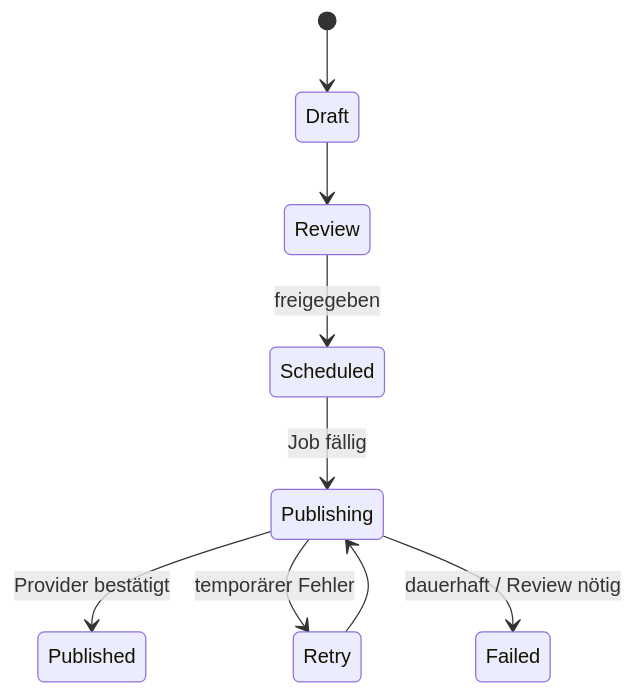
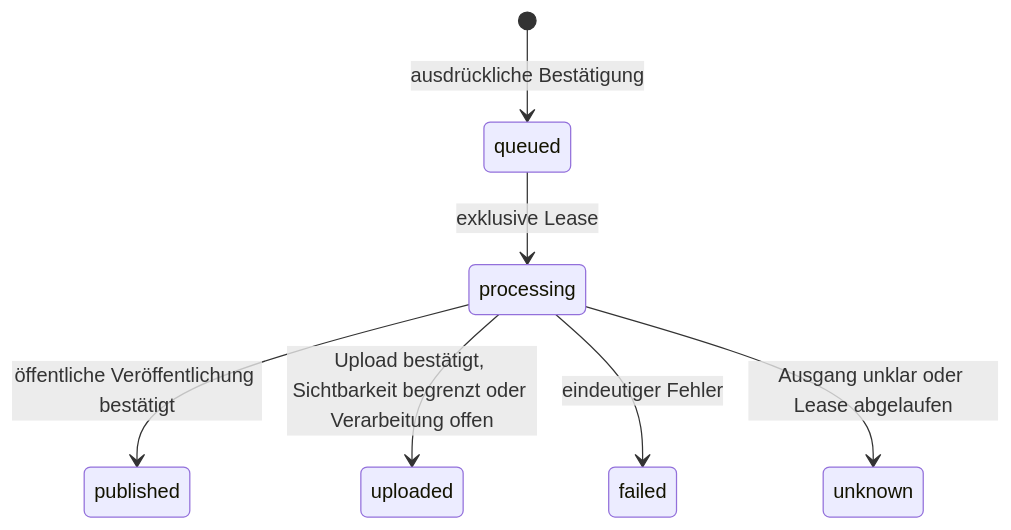
The second of 2 diagrams in docs/ARCHITECTURE.md (pllanaio/nordlicht), drawn with Mermaid before and after one commit. The commit also changed other lines of this file and 99 other files, not shown here.

````diff
--- a/docs/ARCHITECTURE.md
+++ b/docs/ARCHITECTURE.md
@@ -54,11 +35,9 @@
 ```mermaid
 stateDiagram-v2
-  [*] --> Draft
-  Draft --> Review
-  Review --> Scheduled: freigegeben
-  Scheduled --> Publishing: Job fällig
-  Publishing --> Published: Provider bestätigt
-  Publishing --> Retry: temporärer Fehler
-  Retry --> Publishing
-  Publishing --> Failed: dauerhaft / Review nötig
+  [*] --> queued: ausdrückliche Bestätigung
+  queued --> processing: exklusive Lease
+  processing --> published: öffentliche Veröffentlichung bestätigt
+  processing --> uploaded: Upload bestätigt, Sichtbarkeit begrenzt oder Verarbeitung offen
+  processing --> failed: eindeutiger Fehler
+  processing --> unknown: Ausgang unklar oder Lease abgelaufen
 ```
````
